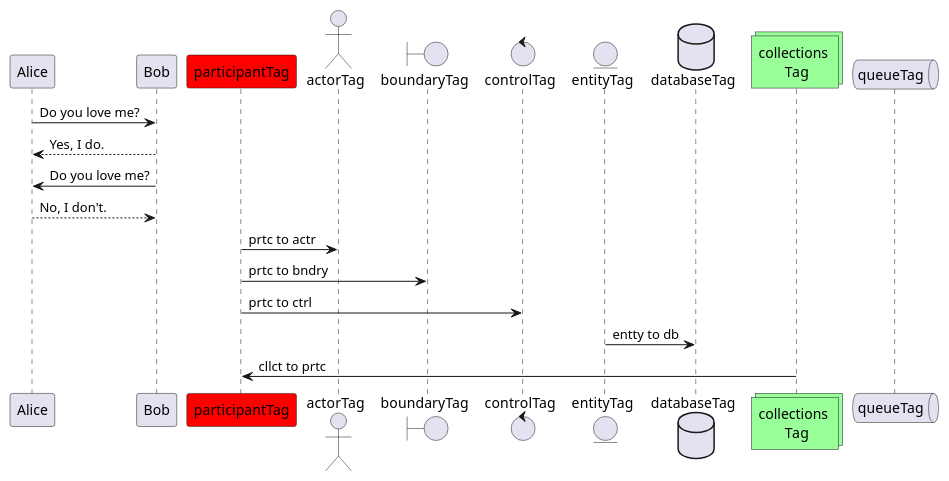
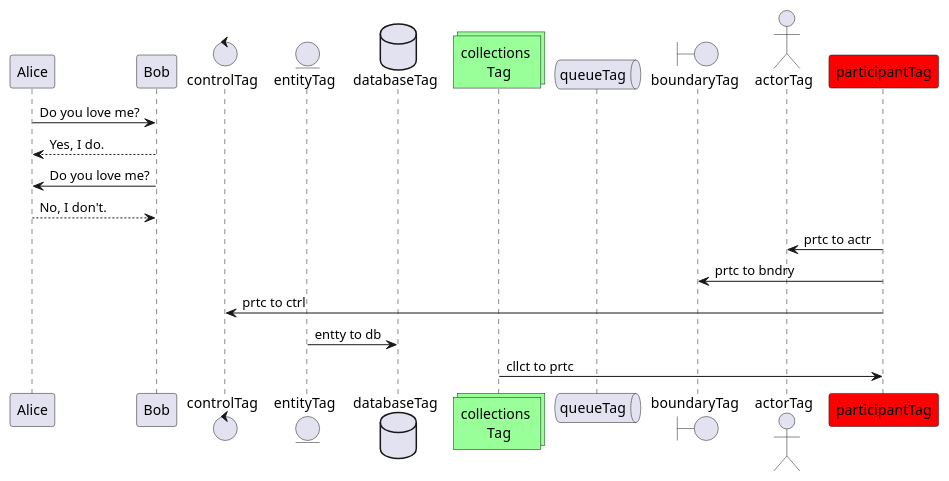
One commit to communication-engineer-ikz/plant-uml-playground changed the diagram in sequence-diagram.pu. Above: the diagram before and after it, drawn with PlantUML.

Commit message:
order 句で順番入れ替え

```diff
--- a/sequence-diagram.pu
+++ b/sequence-diagram.pu
@@ -1,24 +1,24 @@
 @startuml sequence-diagram
 Alice -> Bob: Do you love me?
 Bob --> Alice: Yes, I do.
 
 Alice <- Bob: Do you love me?
 Bob <-- Alice: No, I don't.
 
-participant participantTag as prtc #Red
+participant participantTag as prtc order 30 #Red 
 ' comment
-actor actorTag as actr
-boundary boundaryTag as bndry
+actor actorTag as actr order 20
+boundary boundaryTag as bndry order 10
 control controlTag as ctrl
 entity entityTag as entty
 database databaseTag as db
 collections "collections \n Tag" as cllct #99FF99
 queue queueTag as q
 
 prtc -> actr: prtc to actr
 prtc -> bndry: prtc to bndry
 prtc -> ctrl: prtc to ctrl
 entty -> db: entty to db
 cllct -> prtc: cllct to prtc
 
 @enduml
```
